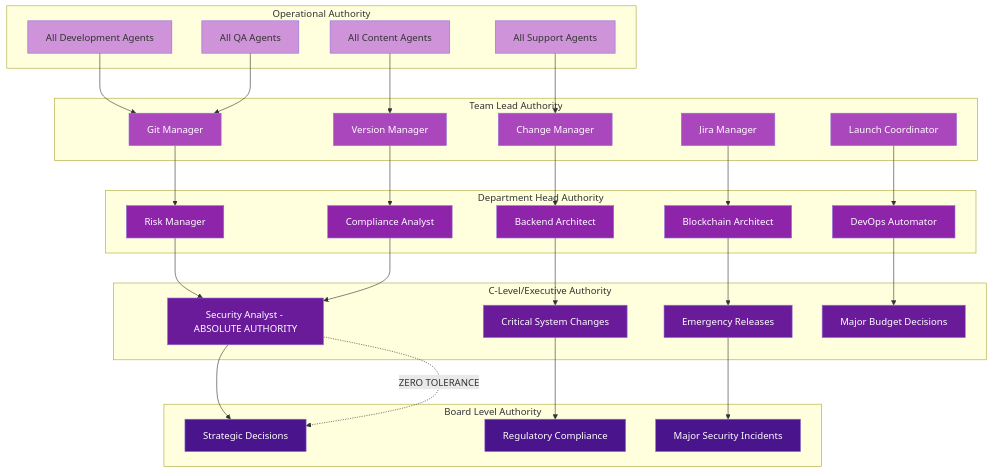
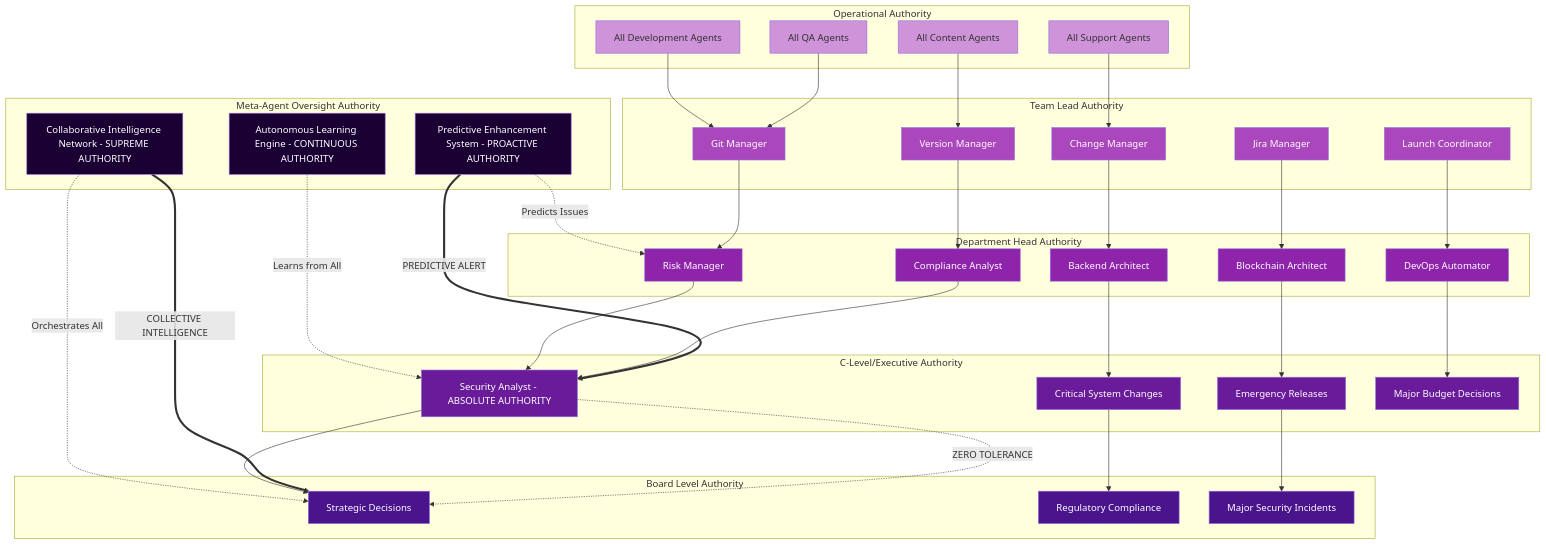
The tenth of 13 diagrams in AGENT-WORKFLOW-DIAGRAMS.md (mdastpak/agents), drawn with Mermaid before and after one commit. The commit also changed other lines of this file and 14 other files, not shown here.

First line of the commit message:
LEARNING: Complete AI Agent Learning Memory Documentation

````diff
--- a/AGENT-WORKFLOW-DIAGRAMS.md
+++ b/AGENT-WORKFLOW-DIAGRAMS.md
@@ -376,5 +692,11 @@
 ```mermaid
 graph TD
+    subgraph "Meta-Agent Oversight Authority"
+        MA[Collaborative Intelligence Network - SUPREME AUTHORITY]
+        MA1[Autonomous Learning Engine - CONTINUOUS AUTHORITY]
+        MA2[Predictive Enhancement System - PROACTIVE AUTHORITY]
+    end
+
     subgraph "Board Level Authority"
         A[Strategic Decisions]
         A1[Regulatory Compliance]
@@ -411,6 +733,11 @@
         E3[All Support Agents]
     end
 
+    %% Meta-agent oversight
+    MA -.->|Orchestrates All| A
+    MA1 -.->|Learns from All| B
+    MA2 -.->|Predicts Issues| C
+
     %% Escalation paths
     E --> D
     E1 --> D
@@ -433,15 +760,19 @@
     B1 --> A1
     B2 --> A2
 
-    %% Critical escalation (immediate)
+    %% Meta-agent predictive intervention
+    MA2 ==>|PREDICTIVE ALERT| B
+    MA ==>|COLLECTIVE INTELLIGENCE| A
     B -.->|ZERO TOLERANCE| A
 
+    classDef metasupreme fill:#1a0033,color:#fff
     classDef board fill:#4a148c,color:#fff
     classDef executive fill:#6a1b9a,color:#fff
     classDef department fill:#8e24aa,color:#fff
     classDef team fill:#ab47bc,color:#fff
     classDef operational fill:#ce93d8
 
+    class MA,MA1,MA2 metasupreme
     class A,A1,A2 board
     class B,B1,B2,B3 executive
     class C,C1,C2,C3,C4 department
````
